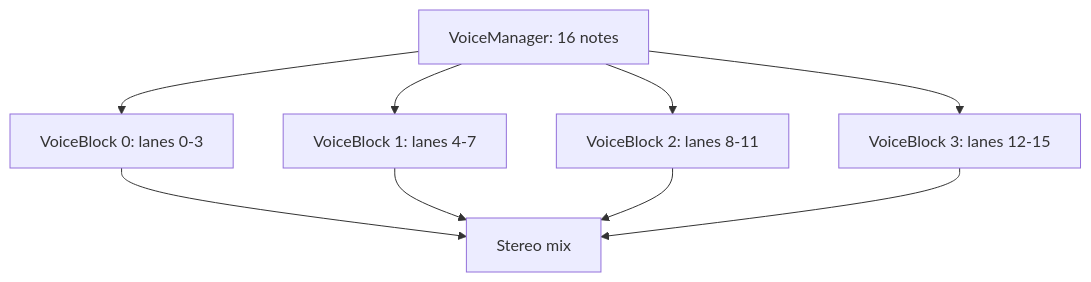
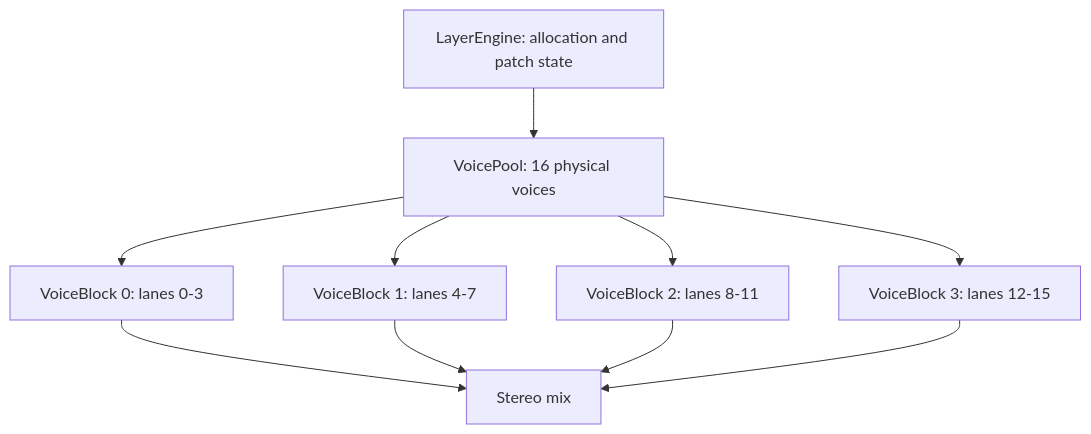
The second of 2 diagrams in docs/src/sdk/engine-architecture.md (chris-zen/noctum-synth), drawn with Mermaid before and after one commit. The commit also changed other lines of this file and 22 other files, not shown here.

First line of the commit message:
Split VoiceManager into LayerEngine and a shared VoicePool.

````diff
--- a/docs/src/sdk/engine-architecture.md
+++ b/docs/src/sdk/engine-architecture.md
@@ -39,18 +42,20 @@
 ```mermaid
 flowchart TD
-    VoiceManager["VoiceManager: 16 notes"]
+    Layer["LayerEngine: allocation and patch state"]
+    Pool["VoicePool: 16 physical voices"]
     B0["VoiceBlock 0: lanes 0-3"]
     B1["VoiceBlock 1: lanes 4-7"]
     B2["VoiceBlock 2: lanes 8-11"]
     B3["VoiceBlock 3: lanes 12-15"]
     Mix["Stereo mix"]
 
-    VoiceManager --> B0
-    VoiceManager --> B1
-    VoiceManager --> B2
-    VoiceManager --> B3
+    Layer --> Pool
+    Pool --> B0
+    Pool --> B1
+    Pool --> B2
+    Pool --> B3
     B0 --> Mix
     B1 --> Mix
     B2 --> Mix
     B3 --> Mix
 ```
````
